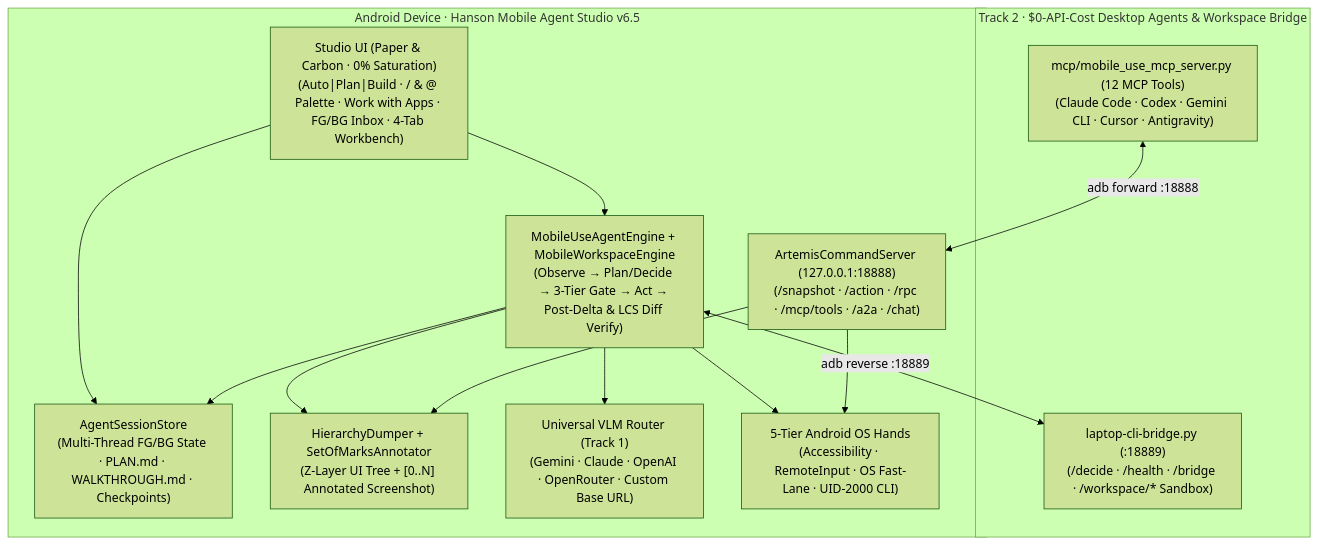
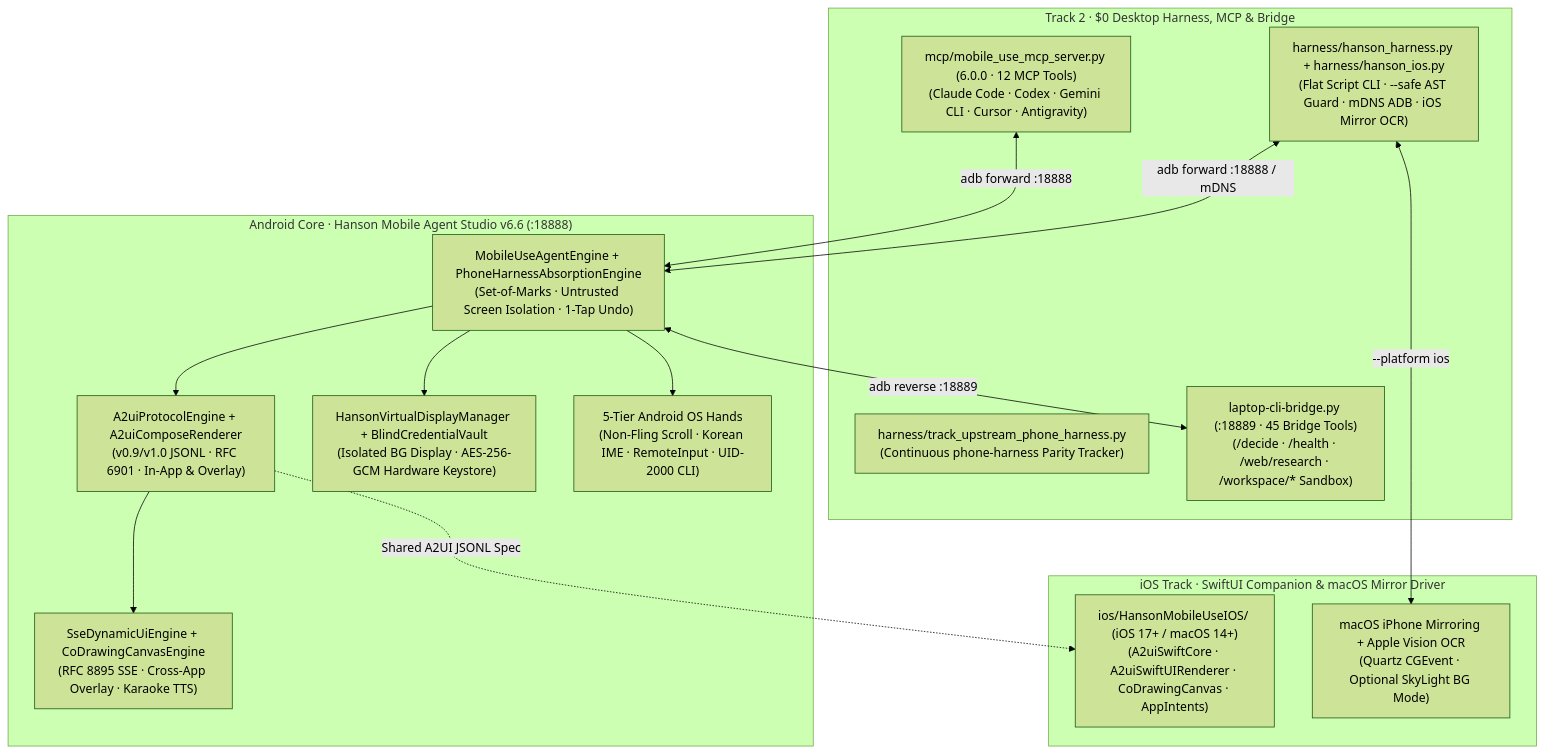
One commit to cjw0076/hanson-mobile-use changed the diagram in README.md. Above: the diagram before and after it, drawn with Mermaid (forest theme). The commit also changed other lines of this file and 38 other files, not shown here.

Commit message:
feat(v6.6.0): Google A2UI Compose/SwiftUI, iOS Companion, Upstream Tracker & Codex Motion Showcase

````diff
--- a/README.md
+++ b/README.md
@@ -88,28 +128,32 @@
 ```mermaid
 flowchart TB
-    subgraph TRACK2["Track 2 · $0-API-Cost Desktop Agents & Workspace Bridge"]
-        MCP["mcp/mobile_use_mcp_server.py (12 MCP Tools)\n(Claude Code · Codex · Gemini CLI · Cursor · Antigravity)"]
-        CLIBRIDGE["laptop-cli-bridge.py (:18889)\n(/decide · /health · /bridge · /workspace/* Sandbox)"]
+    subgraph TRACK2["Track 2 · $0 Desktop Harness, MCP & Bridge"]
+        HARNESS["harness/hanson_harness.py + harness/hanson_ios.py\n(Flat Script CLI · --safe AST Guard · mDNS ADB · iOS Mirror OCR)"]
+        TRACKER["harness/track_upstream_phone_harness.py\n(Continuous phone-harness Parity Tracker)"]
+        MCP["mcp/mobile_use_mcp_server.py (6.0.0 · 12 MCP Tools)\n(Claude Code · Codex · Gemini CLI · Cursor · Antigravity)"]
+        CLIBRIDGE["laptop-cli-bridge.py (:18889 · 45 Bridge Tools)\n(/decide · /health · /web/research · /workspace/* Sandbox)"]
     end
 
-    subgraph PHONE["Android Device · Hanson Mobile Agent Studio v6.5"]
-        STUDIO["Studio UI (Paper & Carbon · 0% Saturation)\n(Auto|Plan|Build · / & @ Palette · Work with Apps · FG/BG Inbox · 4-Tab Workbench)"]
-        LOOP["MobileUseAgentEngine + MobileWorkspaceEngine\n(Observe → Plan/Decide → 3-Tier Gate → Act → Post-Delta & LCS Diff Verify)"]
-        SESSIONS["AgentSessionStore\n(Multi-Thread FG/BG State · PLAN.md · WALKTHROUGH.md · Checkpoints)"]
-        SOM["HierarchyDumper + SetOfMarksAnnotator\n(Z-Layer UI Tree + [0..N] Annotated Screenshot)"]
-        VLM["Universal VLM Router (Track 1)\n(Gemini · Claude · OpenAI · OpenRouter · Custom Base URL)"]
-        RPC["ArtemisCommandServer (127.0.0.1:18888)\n(/snapshot · /action · /rpc · /mcp/tools · /a2a · /chat)"]
-        OS["5-Tier Android OS Hands\n(Accessibility · RemoteInput · OS Fast-Lane · UID-2000 CLI)"]
+    subgraph ANDROID["Android Core · Hanson Mobile Agent Studio v6.6 (:18888)"]
+        A2UI_A["A2uiProtocolEngine + A2uiComposeRenderer\n(v0.9/v1.0 JSONL · RFC 6901 · In-App & Overlay)"]
+        SSE_A["SseDynamicUiEngine + CoDrawingCanvasEngine\n(RFC 8895 SSE · Cross-App Overlay · Karaoke TTS)"]
+        LOOP["MobileUseAgentEngine + PhoneHarnessAbsorptionEngine\n(Set-of-Marks · Untrusted Screen Isolation · 1-Tap Undo)"]
+        VDISP["HansonVirtualDisplayManager + BlindCredentialVault\n(Isolated BG Display · AES-256-GCM Hardware Keystore)"]
+        OS_A["5-Tier Android OS Hands\n(Non-Fling Scroll · Korean IME · RemoteInput · UID-2000 CLI)"]
     end
 
-    MCP <-->|"adb forward :18888"| RPC
+    subgraph IOS["iOS Track · SwiftUI Companion & macOS Mirror Driver"]
+        SWIFT["ios/HansonMobileUseIOS/ (iOS 17+ / macOS 14+)\n(A2uiSwiftCore · A2uiSwiftUIRenderer · CoDrawingCanvas · AppIntents)"]
+        MIRROR["macOS iPhone Mirroring + Apple Vision OCR\n(Quartz CGEvent · Optional SkyLight BG Mode)"]
+    end
+
+    HARNESS <-->|"adb forward :18888 / mDNS"| LOOP
+    HARNESS <-->|"--platform ios"| MIRROR
+    MCP <-->|"adb forward :18888"| LOOP
     LOOP <-->|"adb reverse :18889"| CLIBRIDGE
-    STUDIO --> LOOP
-    STUDIO --> SESSIONS
-    LOOP --> SESSIONS
-    LOOP --> SOM
-    LOOP --> VLM
-    LOOP --> OS
-    RPC --> SOM
-    RPC --> OS
+    A2UI_A --> SSE_A
+    LOOP --> A2UI_A
+    LOOP --> VDISP
+    LOOP --> OS_A
+    A2UI_A -.->|"Shared A2UI JSONL Spec"| SWIFT
 ```
````
